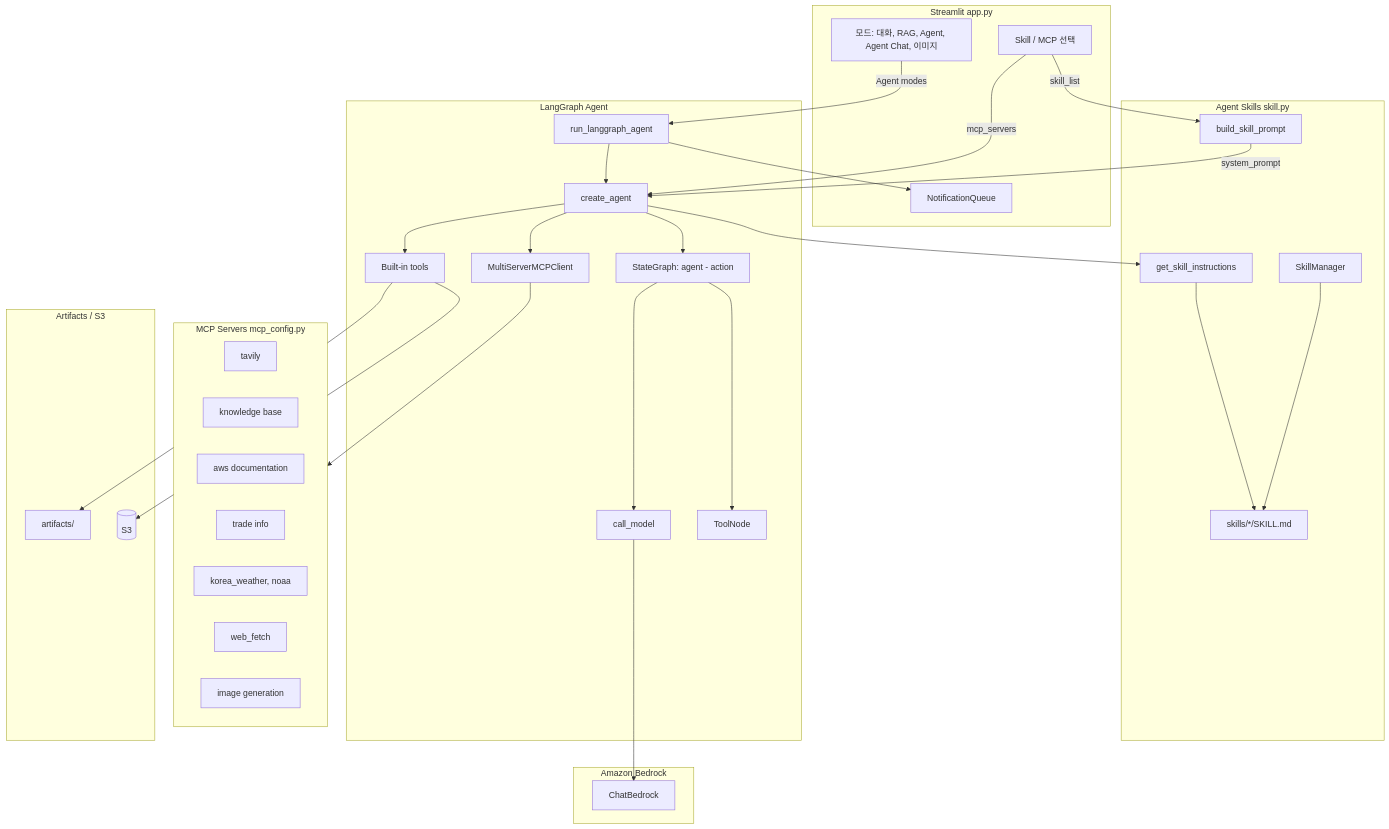
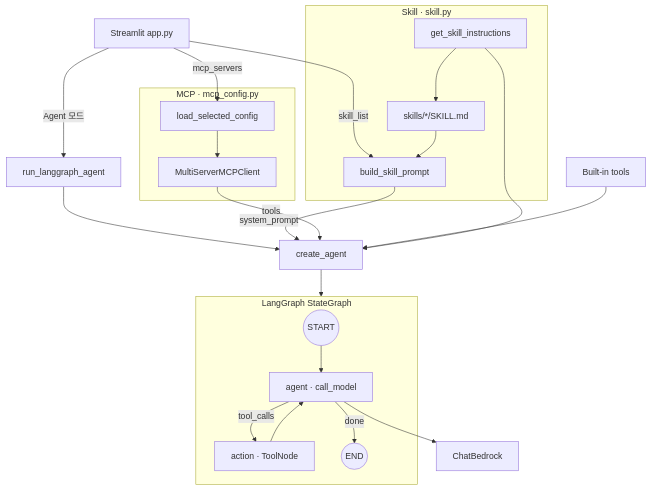
One commit to kyopark2014/power-agent changed the diagram in README.md. Above: the diagram before and after it, drawn with Mermaid.

````diff
--- a/README.md
+++ b/README.md
@@ -7,64 +7,48 @@
 ```mermaid
 flowchart TB
-  subgraph UI["Streamlit app.py"]
-    M["모드: 대화, RAG, Agent, Agent Chat, 이미지"]
-    SKUI["Skill / MCP 선택"]
-    NQ[NotificationQueue]
-  end
+  UI["Streamlit app.py"]
 
-  subgraph LLM["Amazon Bedrock"]
-    BR[ChatBedrock]
-  end
-
-  subgraph Skills["Agent Skills skill.py"]
-    SRC["skills/*/SKILL.md"]
-    SM[SkillManager]
+  subgraph Skill["Skill · skill.py"]
+    SKMD["skills/*/SKILL.md"]
     BSP[build_skill_prompt]
     GSI[get_skill_instructions]
   end
 
-  subgraph LGStack["LangGraph Agent"]
-    RLA[run_langgraph_agent]
-    CA[create_agent]
-    SG["StateGraph: agent - action"]
-    CM[call_model]
-    TN[ToolNode]
-    BT["Built-in tools"]
+  subgraph MCP["MCP · mcp_config.py"]
+    LSC[load_selected_config]
     MSC[MultiServerMCPClient]
   end
 
-  subgraph MCPServers["MCP Servers mcp_config.py"]
-    T[tavily]
-    KB[knowledge base]
-    AWS[aws documentation]
-    TI[trade info]
-    W["korea_weather, noaa"]
-    WF[web_fetch]
-    IG[image generation]
+  RLA[run_langgraph_agent]
+  CA[create_agent]
+  BT[Built-in tools]
+
+  subgraph LG["LangGraph StateGraph"]
+    ST((START))
+    AGN["agent · call_model"]
+    ACN["action · ToolNode"]
+    EN((END))
+    ST --> AGN
+    AGN -->|tool_calls| ACN
+    AGN -->|done| EN
+    ACN --> AGN
   end
 
-  subgraph Storage["Artifacts / S3"]
-    ART[artifacts/]
-    S3[(S3)]
-  end
+  BR[ChatBedrock]
 
-  M -->|"Agent modes"| RLA
-  SKUI -->|skill_list| BSP
-  SKUI -->|mcp_servers| CA
+  UI -->|Agent 모드| RLA
+  UI -->|skill_list| BSP
+  UI -->|mcp_servers| LSC
+
+  SKMD --> BSP
+  GSI --> SKMD
+  LSC --> MSC
 
   RLA --> CA
-  CA --> SG
-  SG --> CM
-  SG --> TN
-  CM --> BR
-  CA --> BT
-  CA --> MSC
-  CA --> GSI
   BSP -->|system_prompt| CA
-  GSI --> SRC
-  SM --> SRC
-  MSC --> MCPServers
-  BT --> ART
-  BT --> S3
-  RLA --> NQ
+  MSC -->|tools| CA
+  BT --> CA
+  GSI --> CA
+  CA --> LG
+  AGN --> BR
 ```
````
